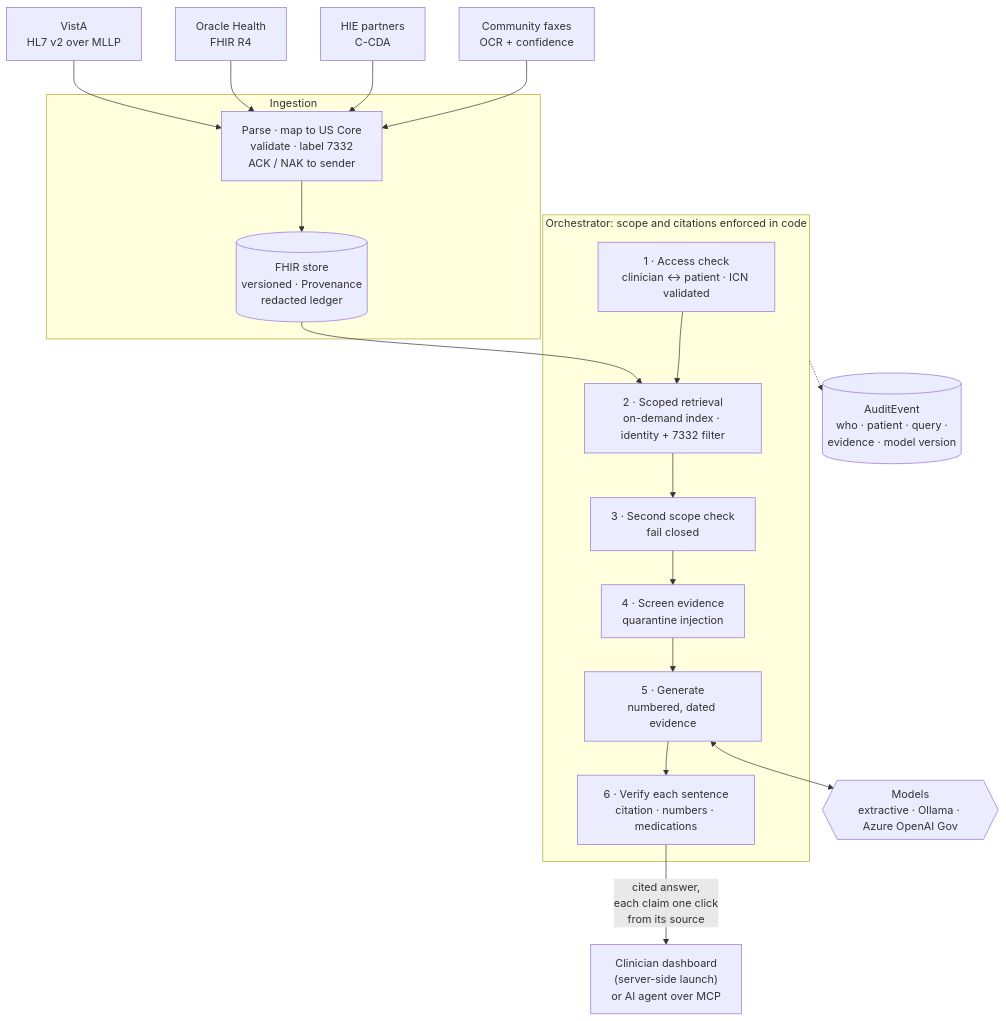
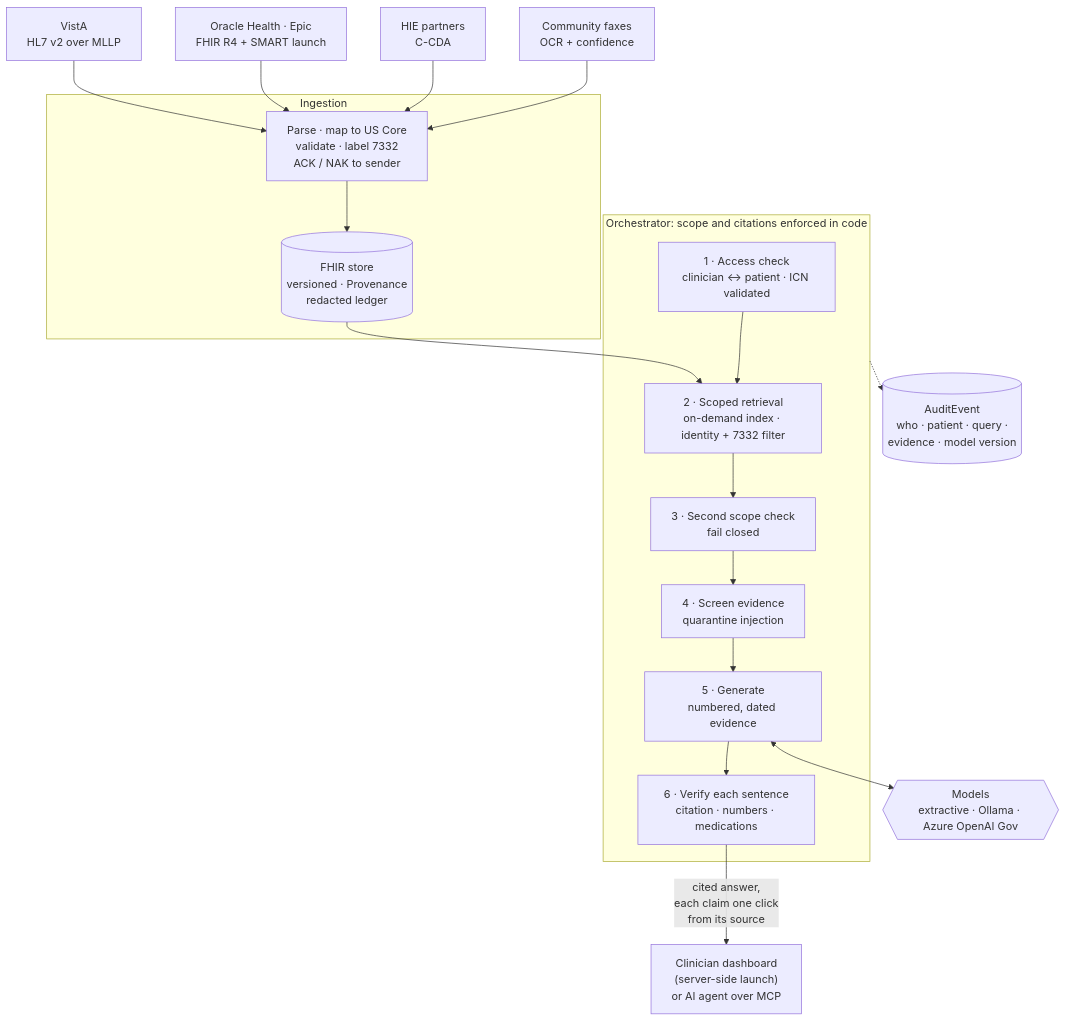
The diagram in README.md (poglesbyg/ehr_pipeline_pilot), drawn with Mermaid before and after one commit. The commit also changed other lines of this file and 25 other files, not shown here.

````diff
--- a/README.md
+++ b/README.md
@@ -24,33 +24,33 @@
 ```mermaid
 flowchart TB
     vista["VistA<br/>HL7 v2 over MLLP"]
-    oracle["Oracle Health<br/>FHIR R4"]
+    oracle["Oracle Health · Epic<br/>FHIR R4 + SMART launch"]
     hie["HIE partners<br/>C-CDA"]
     fax["Community faxes<br/>OCR + confidence"]
 
     subgraph ingest["Ingestion"]
         pipeline["Parse · map to US Core<br/>validate · label 7332<br/>ACK / NAK to sender"]
         store[("FHIR store<br/>versioned · Provenance<br/>redacted ledger")]
         pipeline --> store
     end
 
     subgraph orch["Orchestrator: scope and citations enforced in code"]
         authz["1 · Access check<br/>clinician ↔ patient · ICN validated"]
         retrieve["2 · Scoped retrieval<br/>on-demand index · identity + 7332 filter"]
         recheck["3 · Second scope check<br/>fail closed"]
         screen["4 · Screen evidence<br/>quarantine injection"]
         generate["5 · Generate<br/>numbered, dated evidence"]
         verify["6 · Verify each sentence<br/>citation · numbers · medications"]
         authz --> retrieve --> recheck --> screen --> generate --> verify
     end
 
     users["Clinician dashboard<br/>(server-side launch)<br/>or AI agent over MCP"]
     providers{{"Models<br/>extractive · Ollama · Azure OpenAI Gov"}}
     audit[("AuditEvent<br/>who · patient · query ·<br/>evidence · model version")]
 
     fax & hie & oracle & vista --> pipeline
     store --> retrieve
     generate <--> providers
     verify -->|"cited answer,<br/>each claim one click<br/>from its source"| users
     orch -.-> audit
 ```
````
